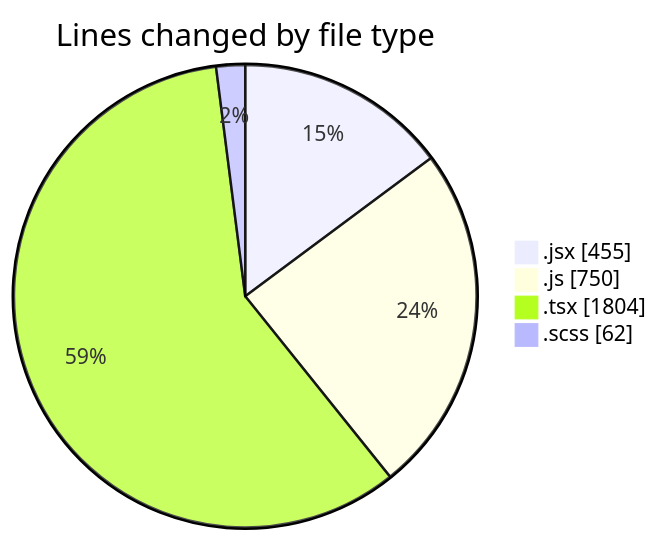
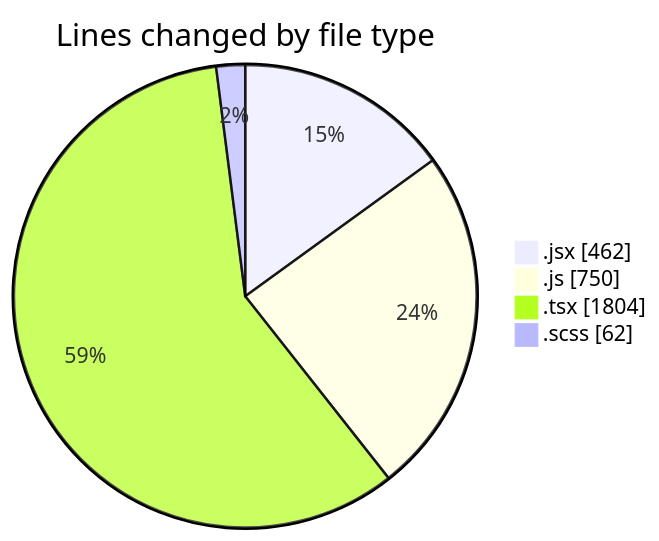
One commit to momahboobian/code-tracking changed the first of 2 diagrams in 2026-02-12/cda/README.md. Above: the diagram before and after it, drawn with Mermaid. The commit also changed other lines of this file and 1 other file, not shown here.

````diff
--- a/2026-02-12/cda/README.md
+++ b/2026-02-12/cda/README.md
@@ -27,8 +27,8 @@
 ```mermaid
 pie showData
 title Lines changed by file type
-".jsx" : 455
+".jsx" : 462
 ".js" : 750
 ".tsx" : 1804
 ".scss" : 62
 ```
````
